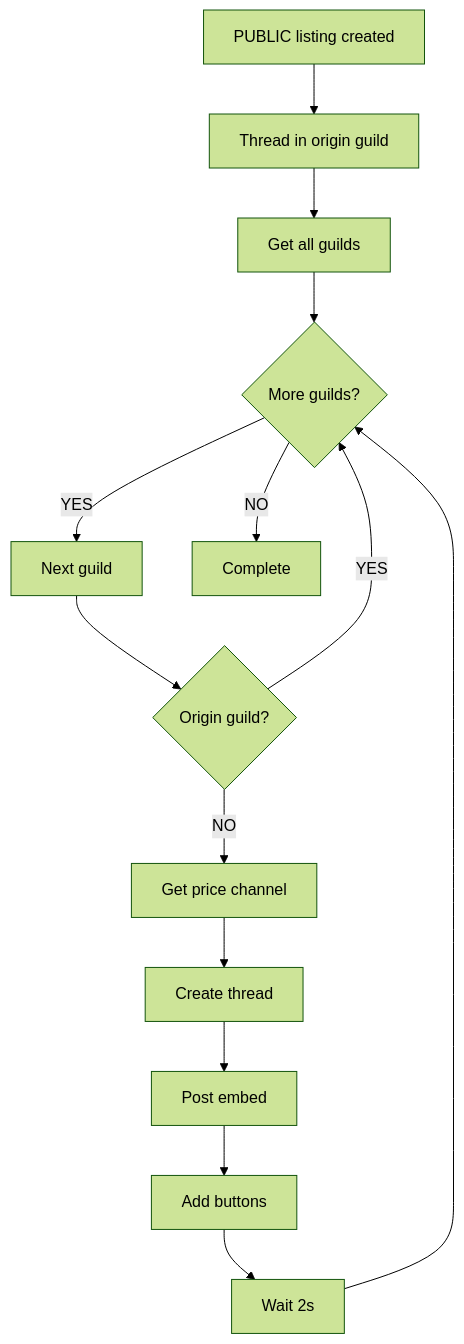
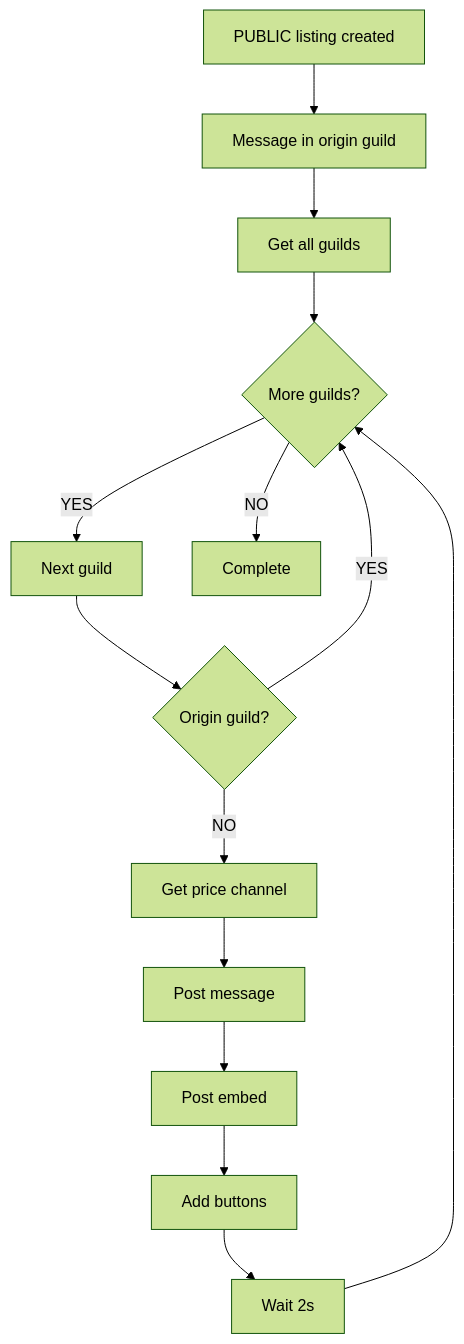
One commit to lhqezio/bloxtr8 changed the third of 4 diagrams in apps/discord-bot/FLOW_DIAGRAM.md. Above: the diagram before and after it, drawn with Mermaid (forest theme). The commit also changed other lines of this file and 8 other files, not shown here.

````diff
--- a/apps/discord-bot/FLOW_DIAGRAM.md
+++ b/apps/discord-bot/FLOW_DIAGRAM.md
@@ -83,20 +83,20 @@
 ```mermaid
 flowchart TD
-    A[PUBLIC listing created] --> B[Thread in origin guild]
+    A[PUBLIC listing created] --> B[Message in origin guild]
     B --> C[Get all guilds]
     C --> D{More guilds?}
 
     D -->|YES| E[Next guild]
     E --> F{Origin guild?}
 
     F -->|YES| D
     F -->|NO| G[Get price channel]
 
-    G --> H[Create thread]
+    G --> H[Post message]
     H --> I[Post embed]
     I --> J[Add buttons]
     J --> K[Wait 2s]
     K --> D
 
     D -->|NO| L[Complete]
 ```
````
